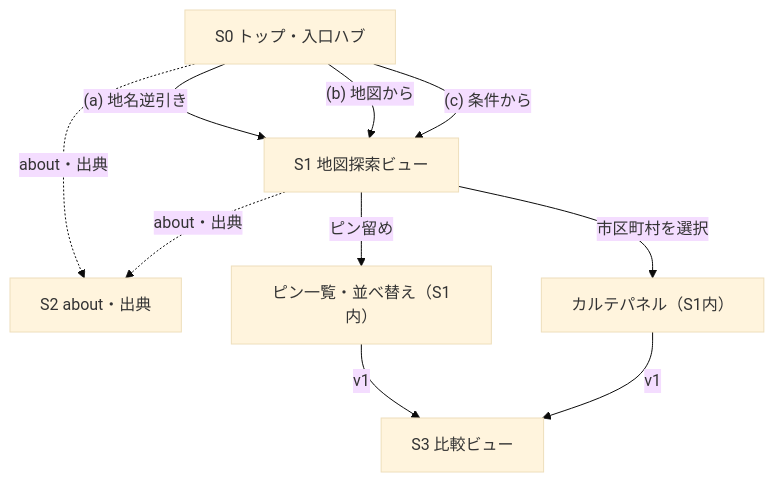
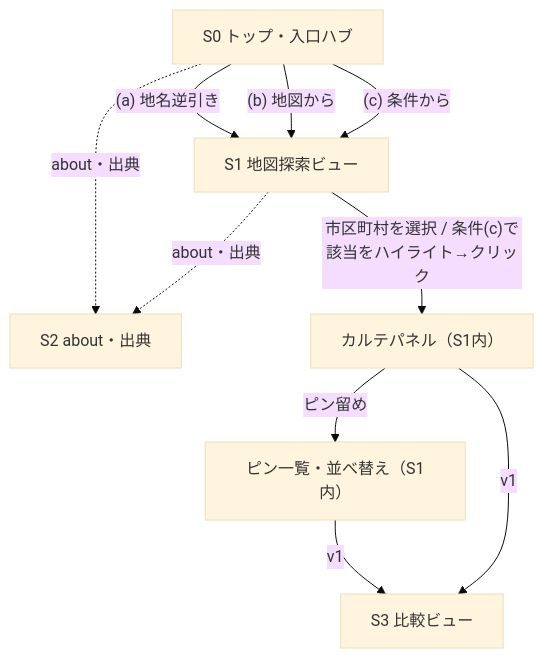
Before and after one commit to y-ssk/play-real-estate-info: the diagram in docs/05_screens-and-flows.md, drawn with Mermaid (base theme). The commit also changed other lines of this file and 2 other files, not shown here.

First line of the commit message:
docs: ④絞り込みを再定義(地図ハイライト→カルテ・F7はピン一覧へ)＋ADR-0028

````diff
--- a/docs/05_screens-and-flows.md
+++ b/docs/05_screens-and-flows.md
@@ -63,12 +63,12 @@
 ```mermaid
 flowchart TD
   S0["S0 トップ・入口ハブ"] -->|"(a) 地名逆引き"| S1["S1 地図探索ビュー"]
   S0 -->|"(b) 地図から"| S1
   S0 -->|"(c) 条件から"| S1
   S0 -.->|"about・出典"| S2["S2 about・出典"]
-  S1 -->|"市区町村を選択"| K["カルテパネル（S1内）"]
-  S1 -->|"ピン留め"| L["ピン一覧・並べ替え（S1内）"]
+  S1 -->|"市区町村を選択 / 条件(c)で該当をハイライト→クリック"| K["カルテパネル（S1内）"]
+  K -->|"ピン留め"| L["ピン一覧・並べ替え（S1内）"]
   S1 -.->|"about・出典"| S2
   L -->|"v1"| S3["S3 比較ビュー"]
   K -->|"v1"| S3
 ```
````
